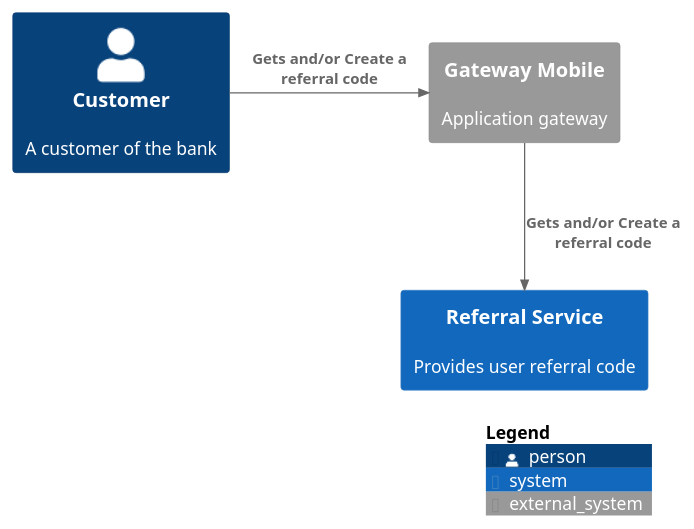
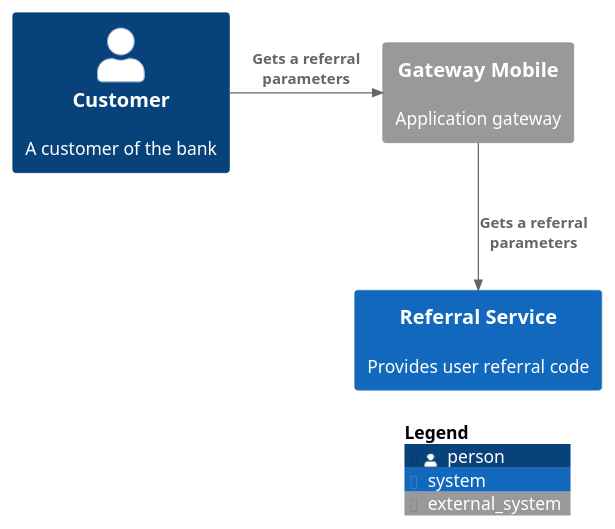
Before and after one commit to ericoalmeida/referral-service: the diagram in docs/architecture/referral-parameters/context.c4m.puml, drawn with PlantUML. The commit also changed 1 other file, not shown here.

Commit message:
refactor: change to refer only gets a referral parameters

```diff
--- a/docs/architecture/referral-parameters/context.c4m.puml
+++ b/docs/architecture/referral-parameters/context.c4m.puml
@@ -1,13 +1,13 @@
 @startuml Context
 !include https://raw.githubusercontent.com/plantuml-stdlib/C4-PlantUML/master/C4_Container.puml
 
 Person(bankingCustomer, "Customer", "A customer of the bank")
 System_Ext(gatewayMobile, "Gateway Mobile", "Application gateway")
 System(referralService, "Referral Service", "Provides user referral code")
 
-Rel_R(bankingCustomer, gatewayMobile, "Gets and/or Create a referral code")
-Rel(gatewayMobile, referralService, "Gets and/or Create a referral code")
+Rel_R(bankingCustomer, gatewayMobile, "Gets a referral parameters")
+Rel(gatewayMobile, referralService, "Gets a referral parameters")
 
 SHOW_LEGEND()
 
 @enduml
```
